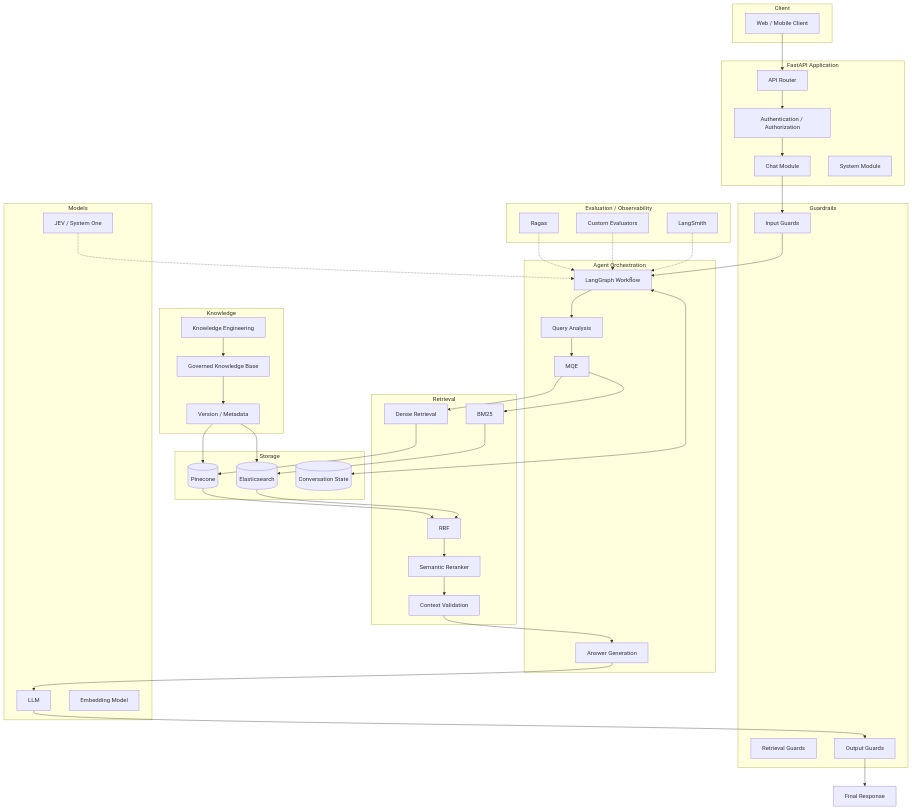
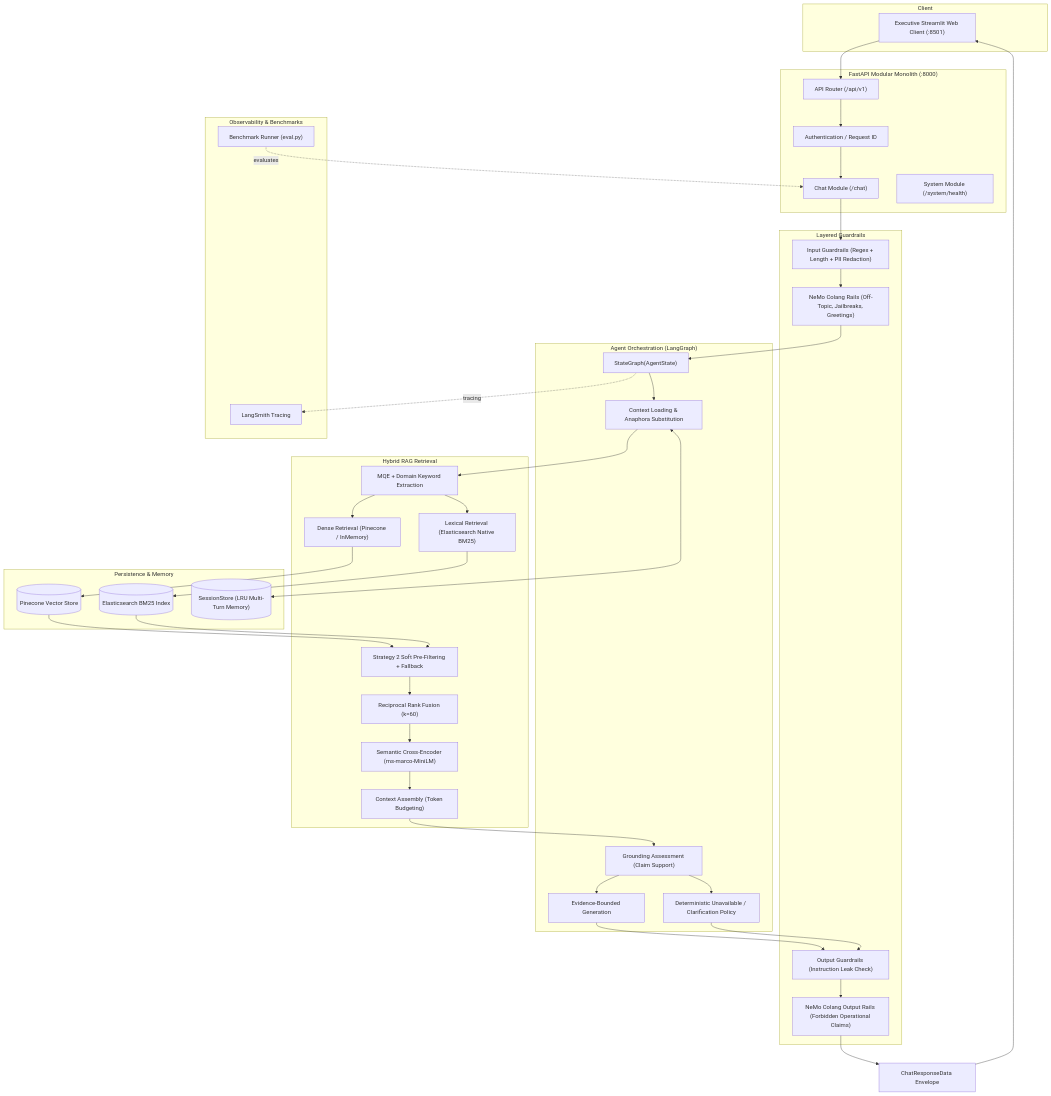
One commit to AdithyaGopakumar/Advanced-RAG-Banking changed the second of 31 diagrams in docs/ARCHITECTURE.md. Above: the diagram before and after it, drawn with Mermaid. The commit also changed other lines of this file and 8 other files, not shown here.

````diff
--- a/docs/ARCHITECTURE.md
+++ b/docs/ARCHITECTURE.md
@@ -129,89 +185,79 @@
 ``` mermaid
 flowchart TB
     subgraph Client["Client"]
-        Web["Web / Mobile Client"]
+    Web["Executive Streamlit Web Client (:8501)"]
     end
 
-    subgraph API["FastAPI Application"]
-        Router["API Router"]
-        Auth["Authentication / Authorization"]
-        Chat["Chat Module"]
-        Health["System Module"]
+    subgraph API["FastAPI Modular Monolith (:8000)"]
+        Router["API Router (/api/v1)"]
+        Auth["Authentication / Request ID"]
+        Chat["Chat Module (/chat)"]
+        Health["System Module (/system/health)"]
     end
 
-    subgraph Guardrails["Guardrails"]
-        Input["Input Guards"]
-        RetrievalGuard["Retrieval Guards"]
-        Output["Output Guards"]
+    subgraph Guardrails["Layered Guardrails"]
+        Input["Input Guardrails (Regex + Length + PII Redaction)"]
+        NemoInput["NeMo Colang Rails (Off-Topic, Jailbreaks, Greetings)"]
+        Output["Output Guardrails (Instruction Leak Check)"]
+        NemoOutput["NeMo Colang Output Rails (Forbidden Operational Claims)"]
     end
 
-    subgraph Agent["Agent Orchestration"]
-        Graph["LangGraph Workflow"]
-        Query["Query Analysis"]
-        MQE["MQE"]
-        Generation["Answer Generation"]
+    subgraph Agent["Agent Orchestration (LangGraph)"]
+        StateGraph["StateGraph(AgentState)"]
+        ContextNode["Context Loading & Anaphora Substitution"]
+        AssessNode["Grounding Assessment (Claim Support)"]
+        GenNode["Evidence-Bounded Generation"]
+        PolicyNode["Deterministic Unavailable / Clarification Policy"]
     end
 
-    subgraph Retrieval["Retrieval"]
-        Dense["Dense Retrieval"]
-        Lexical["BM25"]
-        Fusion["RRF"]
-        Rerank["Semantic Reranker"]
-        Validation["Context Validation"]
+    subgraph Retrieval["Hybrid RAG Retrieval"]
+        MQE["MQE + Domain Keyword Extraction"]
+        Dense["Dense Retrieval (Pinecone / InMemory)"]
+        Lexical["Lexical Retrieval (Elasticsearch Native BM25)"]
+        Filter["Strategy 2 Soft Pre-Filtering + Fallback"]
+        Fusion["Reciprocal Rank Fusion (k=60)"]
+        Rerank["Semantic Cross-Encoder (ms-marco-MiniLM)"]
+        ContextAssemble["Context Assembly (Token Budgeting)"]
     end
 
-    subgraph Knowledge["Knowledge"]
-        KB["Governed Knowledge Base"]
-        Pipeline["Knowledge Engineering"]
-        Versioning["Version / Metadata"]
+    subgraph Storage["Persistence & Memory"]
+        PineconeStore[("Pinecone Vector Store")]
+        ESIndex[("Elasticsearch BM25 Index")]
+        SessionMem[("SessionStore (LRU Multi-Turn Memory)")]
     end
 
-    subgraph Models["Models"]
-        LLM["LLM"]
-        Embed["Embedding Model"]
-        Judge["JEV / System One"]
-    end
-
-    subgraph Storage["Storage"]
-        Pinecone[("Pinecone")]
-        Elasticsearch[("Elasticsearch")]
-        Memory[("Conversation State")]
-    end
-
-    subgraph Eval["Evaluation / Observability"]
-        Ragas["Ragas"]
-        Custom["Custom Evaluators"]
-        LangSmith["LangSmith"]
+    subgraph Observability["Observability & Benchmarks"]
+        LangSmith["LangSmith Tracing"]
+        BenchmarkRunner["Benchmark Runner (eval.py)"]
     end
 
     Web --> Router
     Router --> Auth
     Auth --> Chat
     Chat --> Input
-    Input --> Graph
-    Graph --> Query
-    Query --> MQE
+    Input --> NemoInput
+    NemoInput --> StateGraph
+    StateGraph --> ContextNode
+    ContextNode <--> SessionMem
+    ContextNode --> MQE
     MQE --> Dense
     MQE --> Lexical
-    Dense --> Pinecone
-    Lexical --> Elasticsearch
-    Pinecone --> Fusion
-    Elasticsearch --> Fusion
+    Dense --> PineconeStore
+    Lexical --> ESIndex
+    PineconeStore --> Filter
+    ESIndex --> Filter
+    Filter --> Fusion
     Fusion --> Rerank
-    Rerank --> Validation
-    Validation --> Generation
-    Generation --> LLM
-    LLM --> Output
-    Output --> Response["Final Response"]
+    Rerank --> ContextAssemble
+    ContextAssemble --> AssessNode
+    AssessNode --> GenNode
+    AssessNode --> PolicyNode
+    GenNode --> Output
+    PolicyNode --> Output
+    Output --> NemoOutput
+    NemoOutput --> Response["ChatResponseData Envelope"]
+    Response --> Web
 
-    Pipeline --> KB
-    KB --> Versioning
-    Versioning --> Pinecone
-    Versioning --> Elasticsearch
-
-    Graph <--> Memory
-    Ragas -.-> Graph
-    Custom -.-> Graph
-    Judge -.-> Graph
-    LangSmith -.-> Graph
+    StateGraph -. tracing .-> LangSmith
+    BenchmarkRunner -. evaluates .-> Chat
 ```
````
